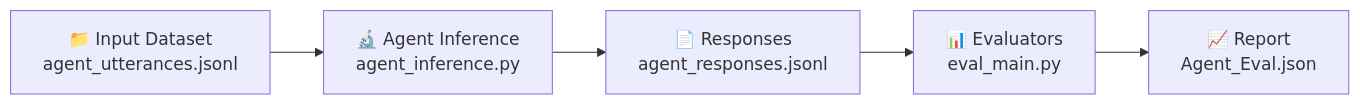
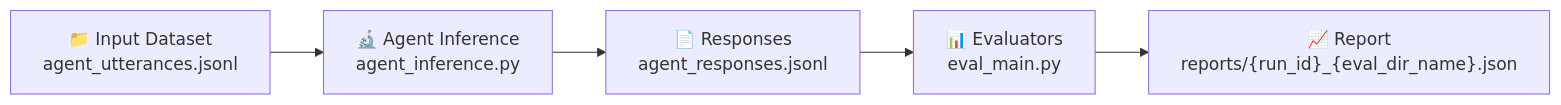
One commit to Azure-Samples/Agentic-Evaluations changed the second of 2 diagrams in src/evaluations/offline/pipeline_experiment_evaluation/README.md. Above: the diagram before and after it, drawn with Mermaid. The commit also changed other lines of this file and 47 other files, not shown here.

First line of the commit message:
Multi agent eval sample (#63)

````diff
--- a/src/evaluations/offline/pipeline_experiment_evaluation/README.md
+++ b/src/evaluations/offline/pipeline_experiment_evaluation/README.md
@@ -37,7 +37,7 @@
 ```mermaid
 flowchart LR
     A["📁 Input Dataset<br/>agent_utterances.jsonl"] --> B["🔬 Agent Inference<br/>agent_inference.py"]
     B --> C["📄 Responses<br/>agent_responses.jsonl"]
     C --> D["📊 Evaluators<br/>eval_main.py"]
-    D --> E["📈 Report<br/>Agent_Eval.json"]
+  D --> E["📈 Report<br/>reports/{run_id}_{eval_dir_name}.json"]
 ```
````
